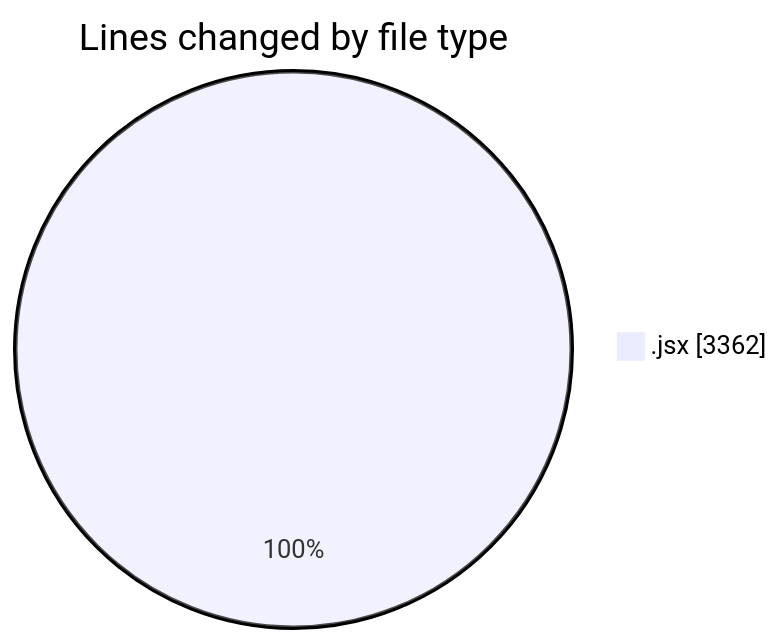
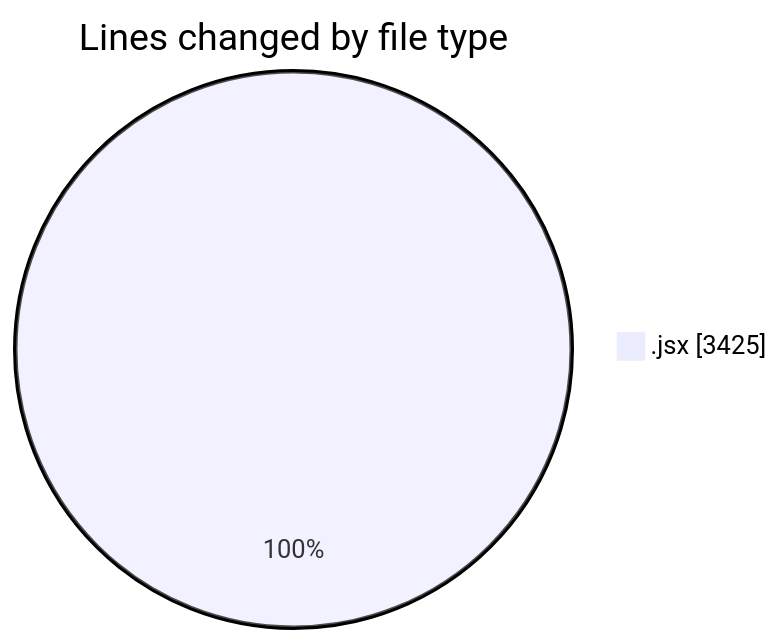
The first of 2 diagrams in 2025-12-07/nxtqube_webapp/README.md (nxtqubesakshisongat/code-tracking), drawn with Mermaid before and after one commit. The commit also changed other lines of this file and 1 other file, not shown here.

````diff
--- a/2025-12-07/nxtqube_webapp/README.md
+++ b/2025-12-07/nxtqube_webapp/README.md
@@ -21,5 +21,5 @@
 ```mermaid
 pie showData
 title Lines changed by file type
-".jsx" : 3362
+".jsx" : 3425
 ```
````
